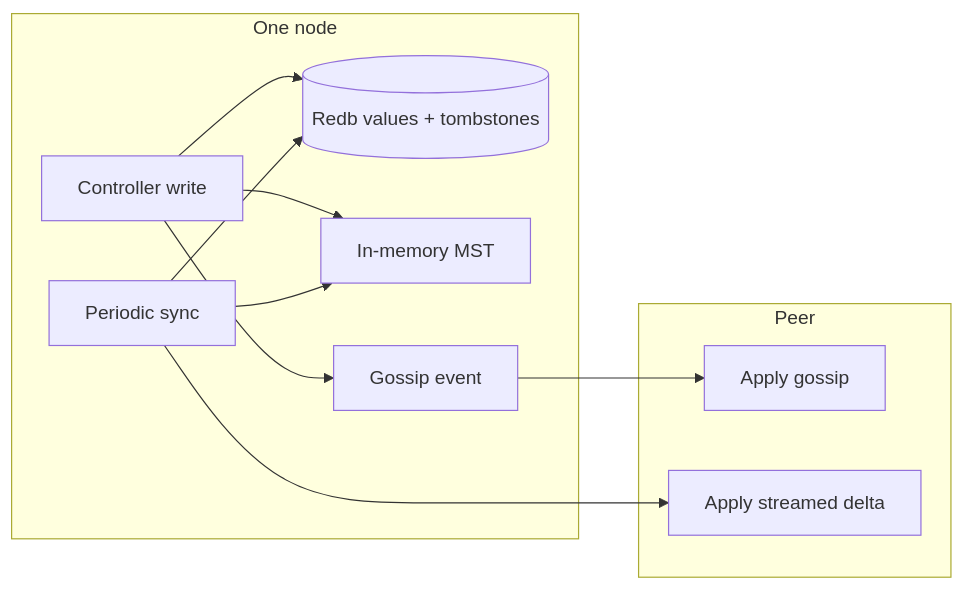
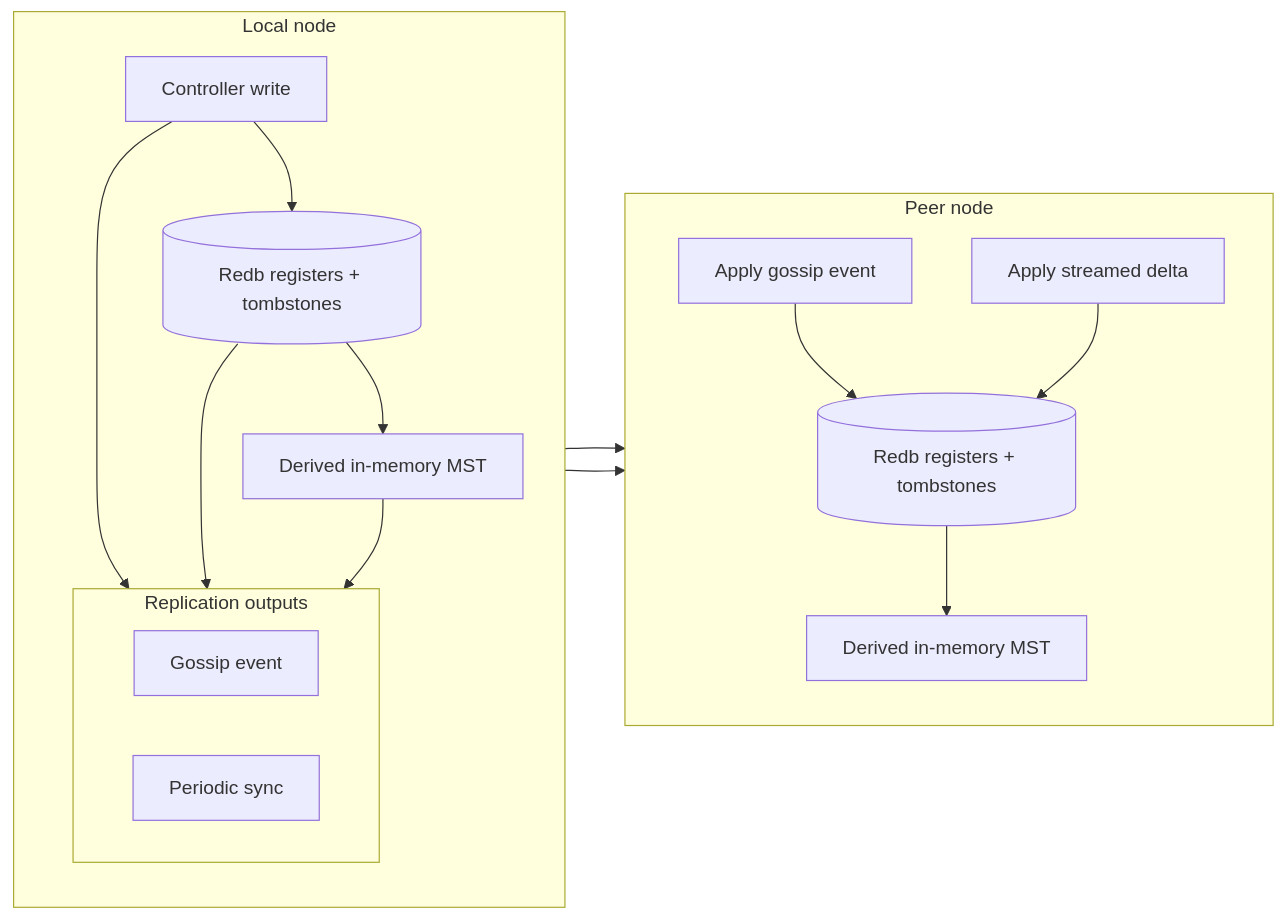
One commit to MantissaLabs/mantissa changed the first of 2 diagrams in docs/data-replication.md. Above: the diagram before and after it, drawn with Mermaid.

Commit message:
docs: update and clarify data replication graph

````diff
--- a/docs/data-replication.md
+++ b/docs/data-replication.md
@@ -21,23 +21,36 @@
 ```mermaid
 flowchart LR
-    subgraph LocalNode[One node]
+    subgraph LocalNode[Local node]
+        direction TB
         W[Controller write]
-        DB[(Redb values + tombstones)]
-        MST[In-memory MST]
-        G[Gossip event]
-        S[Periodic sync]
+        DB[(Redb registers + tombstones)]
+        MST[Derived in-memory MST]
+
+        subgraph LocalReplication[Replication outputs]
+            direction LR
+            G[Gossip event]
+            S[Periodic sync]
+        end
+
+        W --> DB
+        DB --> MST
+        W --> G
+        DB --> S
+        MST --> S
     end
 
-    subgraph RemoteNode[Peer]
-        RG[Apply gossip]
+    subgraph RemoteNode[Peer node]
+        direction TB
+        RG[Apply gossip event]
         RS[Apply streamed delta]
+        RDB[(Redb registers + tombstones)]
+        RMST[Derived in-memory MST]
+
+        RG --> RDB
+        RS --> RDB
+        RDB --> RMST
     end
 
-    W --> DB
-    W --> MST
-    W --> G
-    S --> MST
-    S --> DB
     G --> RG
     S --> RS
 ```
````
